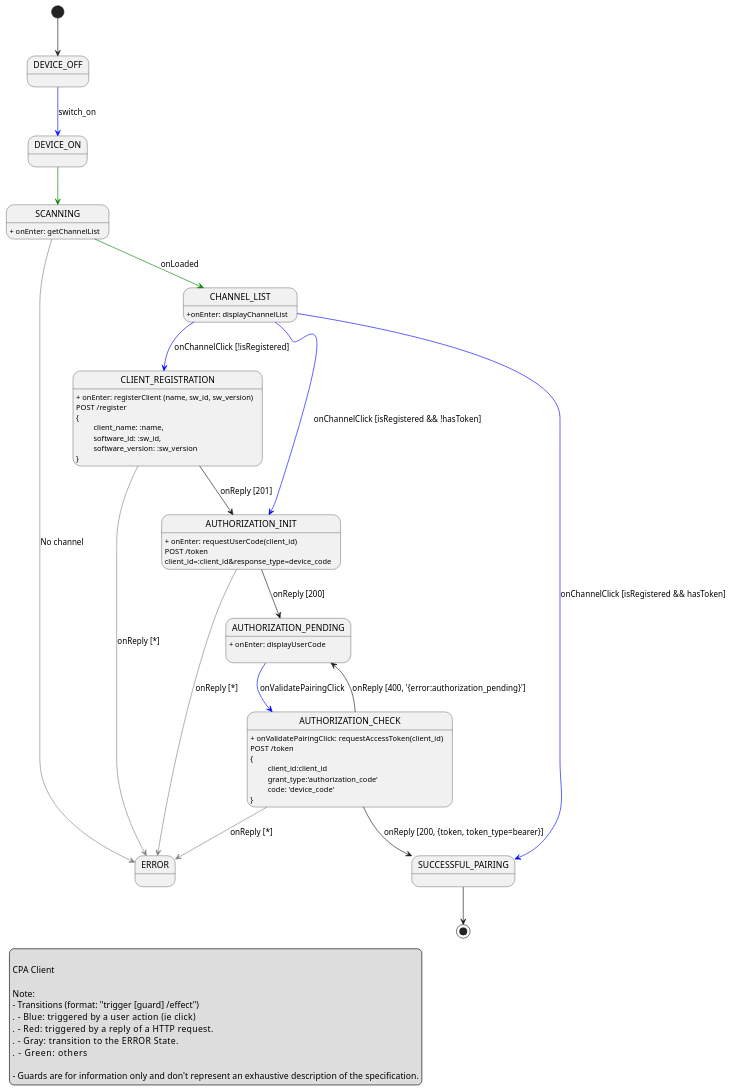
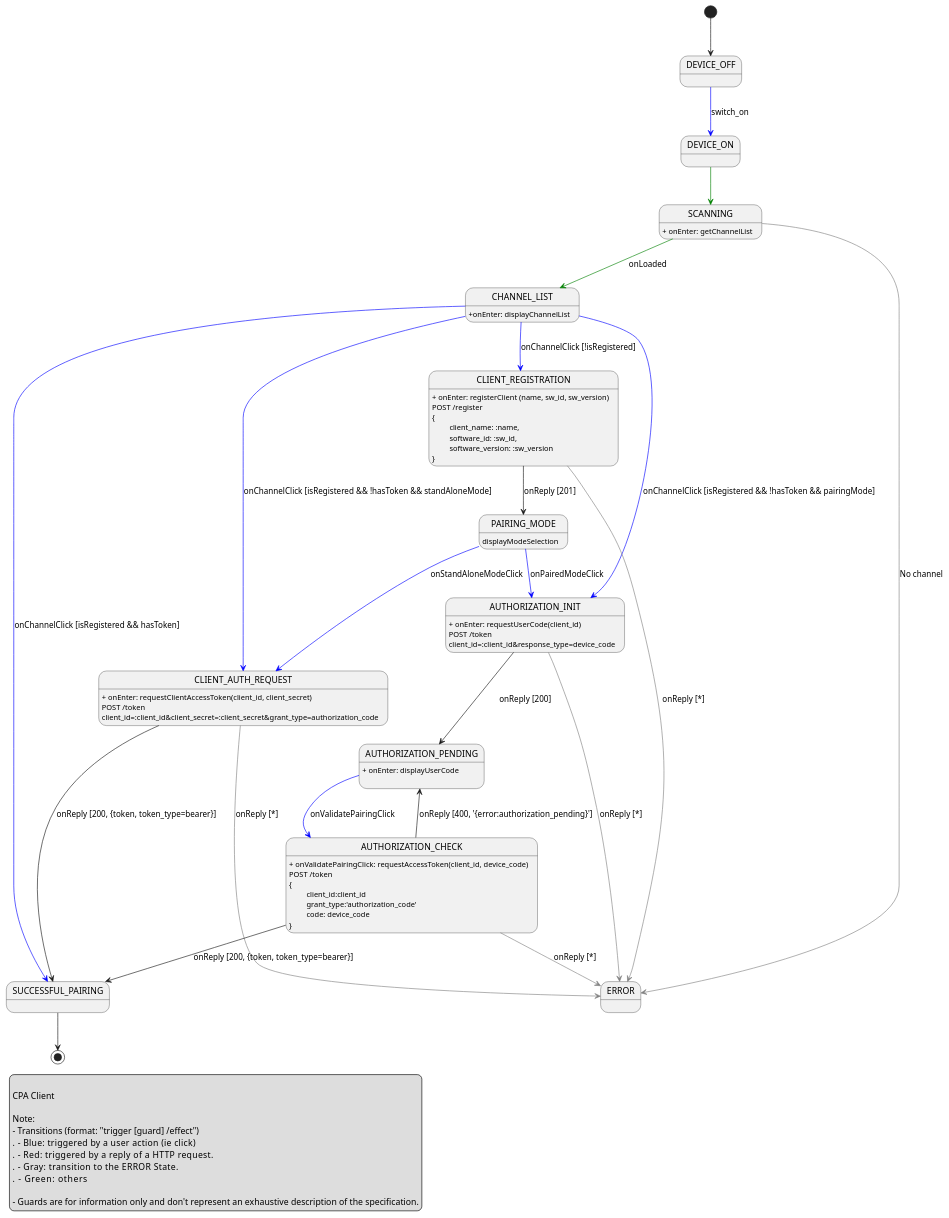
The diagram in docs/app-fsm.puml (ebu/cpa-client), drawn with PlantUML before and after one commit. The commit also changed 4 other files, not shown here.

```diff
--- a/docs/app-fsm.puml
+++ b/docs/app-fsm.puml
@@ -1,97 +1,111 @@
 @startuml
 
 
 [*] --> DEVICE_OFF
 
 'State declaration
 state DEVICE_OFF
 state SCANNING
 state CHANNEL_LIST
 state CLIENT_REGISTRATION
+state CLIENT_AUTH_REQUEST
+state PAIRING_MODE
 state AUTHORIZATION_INIT
 state AUTHORIZATION_PENDING
 state SUCCESSFUL_PAIRING
 state ERROR
 
 
 'State definition
 
 SCANNING: + onEnter: getChannelList
 
 CHANNEL_LIST: +onEnter: displayChannelList
 
 CLIENT_REGISTRATION: + onEnter: registerClient (name, sw_id, sw_version)
 CLIENT_REGISTRATION:  POST /register
 CLIENT_REGISTRATION:  {
 CLIENT_REGISTRATION:  \t client_name: :name,
 CLIENT_REGISTRATION:  \t software_id: :sw_id,
 CLIENT_REGISTRATION:  \t software_version: :sw_version
 CLIENT_REGISTRATION:  }
 
+PAIRING_MODE: displayModeSelection
+
+CLIENT_AUTH_REQUEST: + onEnter: requestClientAccessToken(client_id, client_secret)
+CLIENT_AUTH_REQUEST: POST /token
+CLIENT_AUTH_REQUEST: client_id=:client_id&client_secret=:client_secret&grant_type=authorization_code
 
 AUTHORIZATION_INIT: + onEnter: requestUserCode(client_id)
 AUTHORIZATION_INIT: POST /token
 AUTHORIZATION_INIT: client_id=:client_id&response_type=device_code
 
-
 AUTHORIZATION_PENDING: + onEnter: displayUserCode
 AUTHORIZATION_PENDING:
 
-AUTHORIZATION_CHECK: + onValidatePairingClick: requestAccessToken(client_id)
+AUTHORIZATION_CHECK: + onValidatePairingClick: requestAccessToken(client_id, device_code)
 AUTHORIZATION_CHECK: POST /token
 AUTHORIZATION_CHECK: {
 AUTHORIZATION_CHECK: \t client_id:client_id
 AUTHORIZATION_CHECK: \t grant_type:'authorization_code'
-AUTHORIZATION_CHECK: \t code: 'device_code'
+AUTHORIZATION_CHECK: \t code: device_code
 AUTHORIZATION_CHECK: }
 
 
 'Transitions
 
 DEVICE_OFF -[#blue]-> DEVICE_ON: switch_on
 DEVICE_ON -[#green]-> SCANNING
 
 SCANNING -[#green]-> CHANNEL_LIST: onLoaded
 SCANNING -[#gray]right-> ERROR: No channel
 
 CHANNEL_LIST -[#blue]-> CLIENT_REGISTRATION: onChannelClick [!isRegistered]
-CHANNEL_LIST -[#blue]-> AUTHORIZATION_INIT: onChannelClick [isRegistered && !hasToken]
+CHANNEL_LIST -[#blue]-> AUTHORIZATION_INIT: onChannelClick [isRegistered && !hasToken && pairingMode]
+CHANNEL_LIST -[#blue]-> CLIENT_AUTH_REQUEST: onChannelClick [isRegistered && !hasToken && standAloneMode]
 CHANNEL_LIST -[#blue]-> SUCCESSFUL_PAIRING: onChannelClick [isRegistered && hasToken]
 
-CLIENT_REGISTRATION --> AUTHORIZATION_INIT: onReply [201]
+
+CLIENT_REGISTRATION --> PAIRING_MODE: onReply [201]
 CLIENT_REGISTRATION -[#gray]-> ERROR: onReply [*]
+
+PAIRING_MODE -[#blue]-> AUTHORIZATION_INIT: onPairedModeClick
+PAIRING_MODE -[#blue]-> CLIENT_AUTH_REQUEST: onStandAloneModeClick
+
+CLIENT_AUTH_REQUEST --> SUCCESSFUL_PAIRING: onReply [200, {token, token_type=bearer}]
+CLIENT_AUTH_REQUEST -[#gray]-> ERROR: onReply [*]
 
 AUTHORIZATION_INIT --> AUTHORIZATION_PENDING: onReply [200]
 AUTHORIZATION_INIT -[#gray]-> ERROR: onReply [*]
 
 
 AUTHORIZATION_PENDING -[#blue]-> AUTHORIZATION_CHECK: onValidatePairingClick
 
 AUTHORIZATION_CHECK --> SUCCESSFUL_PAIRING: onReply [200, {token, token_type=bearer}]
 AUTHORIZATION_CHECK --> AUTHORIZATION_PENDING: onReply [400, '{error:authorization_pending}']
 AUTHORIZATION_CHECK -[#gray]-> ERROR: onReply [*]
 
 SUCCESSFUL_PAIRING --> [*]
 
 
 'Legend
 
 legend left
 
 CPA Client
 
 Note:
 - Transitions (format: "trigger [guard] /effect")
 .     - Blue:  triggered by a user action (ie click)
 .     - Red:   triggered by a reply of a HTTP request.
 .     - Gray:  transition to the ERROR State.
 .     - Green: others
 
 - Guards are for information only and don't represent an exhaustive description of the specification.
 endlegend
 
 
 
 ' note right of STATE: "transition: trigger[guard]/effect"
 
 @enduml
```
